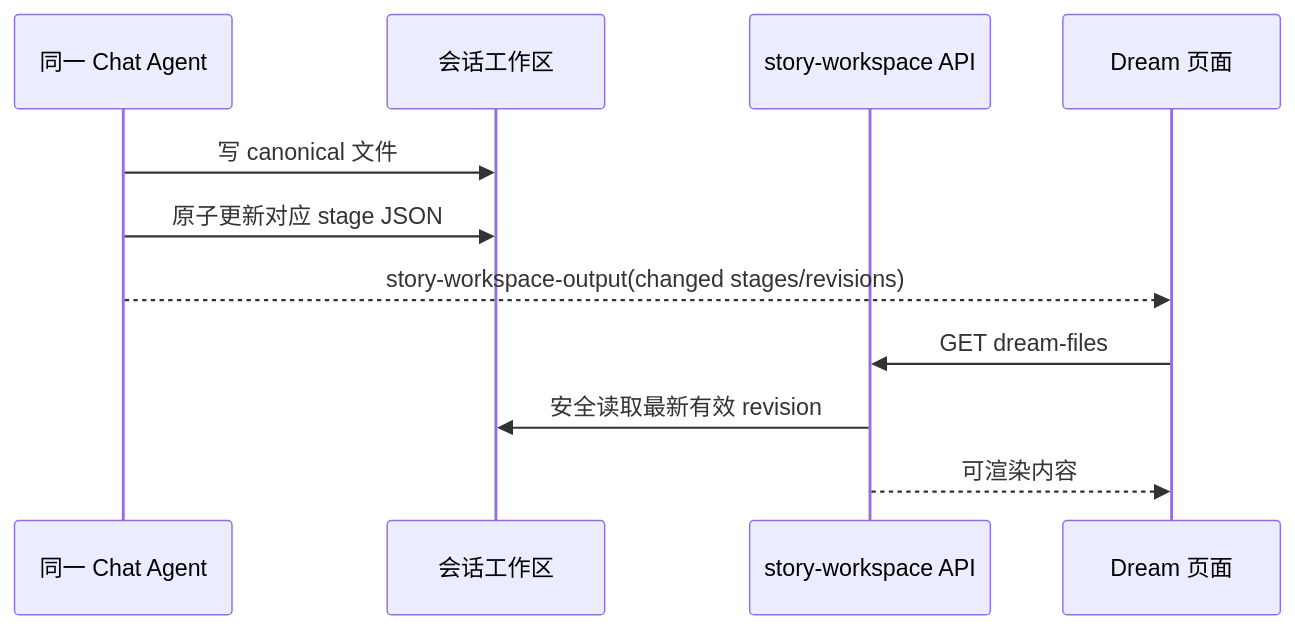
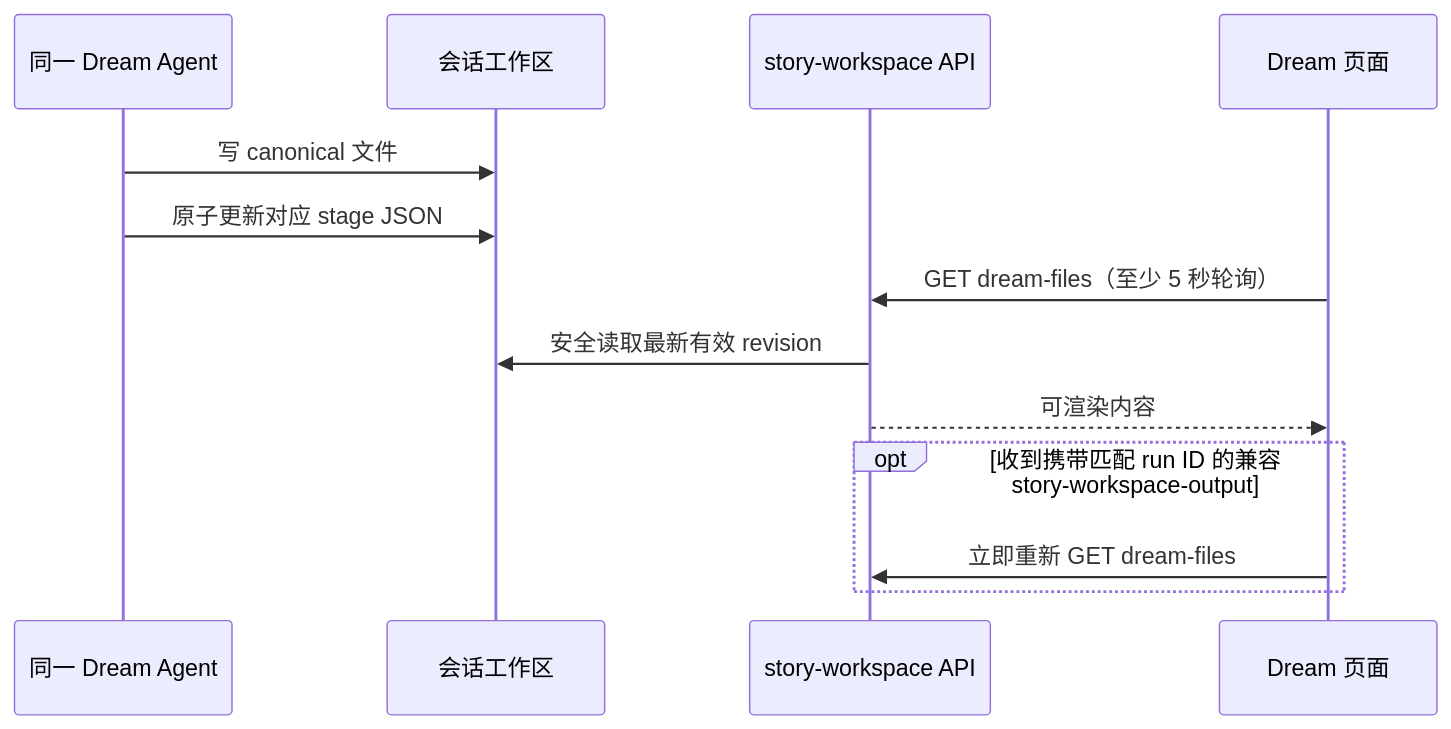
Before and after one commit to glide-the/im-dream: the second of 3 diagrams in docs/design/story-workspace/story-workspace-layout-design.md, drawn with Mermaid. The commit also changed other lines of this file and 3 other files, not shown here.

Commit message:
docs(story-workspace): record Dream writer acceptance

````diff
--- a/docs/design/story-workspace/story-workspace-layout-design.md
+++ b/docs/design/story-workspace/story-workspace-layout-design.md
@@ -295,14 +295,16 @@
 ```mermaid
 sequenceDiagram
-    participant Agent as 同一 Chat Agent
+    participant Agent as 同一 Dream Agent
     participant FS as 会话工作区
     participant API as story-workspace API
     participant UI as Dream 页面
 
     Agent->>FS: 写 canonical 文件
     Agent->>FS: 原子更新对应 stage JSON
-    Agent-->>UI: story-workspace-output(changed stages/revisions)
-    UI->>API: GET dream-files
+    UI->>API: GET dream-files（至少 5 秒轮询）
     API->>FS: 安全读取最新有效 revision
     API-->>UI: 可渲染内容
+    opt 收到携带匹配 run ID 的兼容 story-workspace-output
+        UI->>API: 立即重新 GET dream-files
+    end
 ```
````
